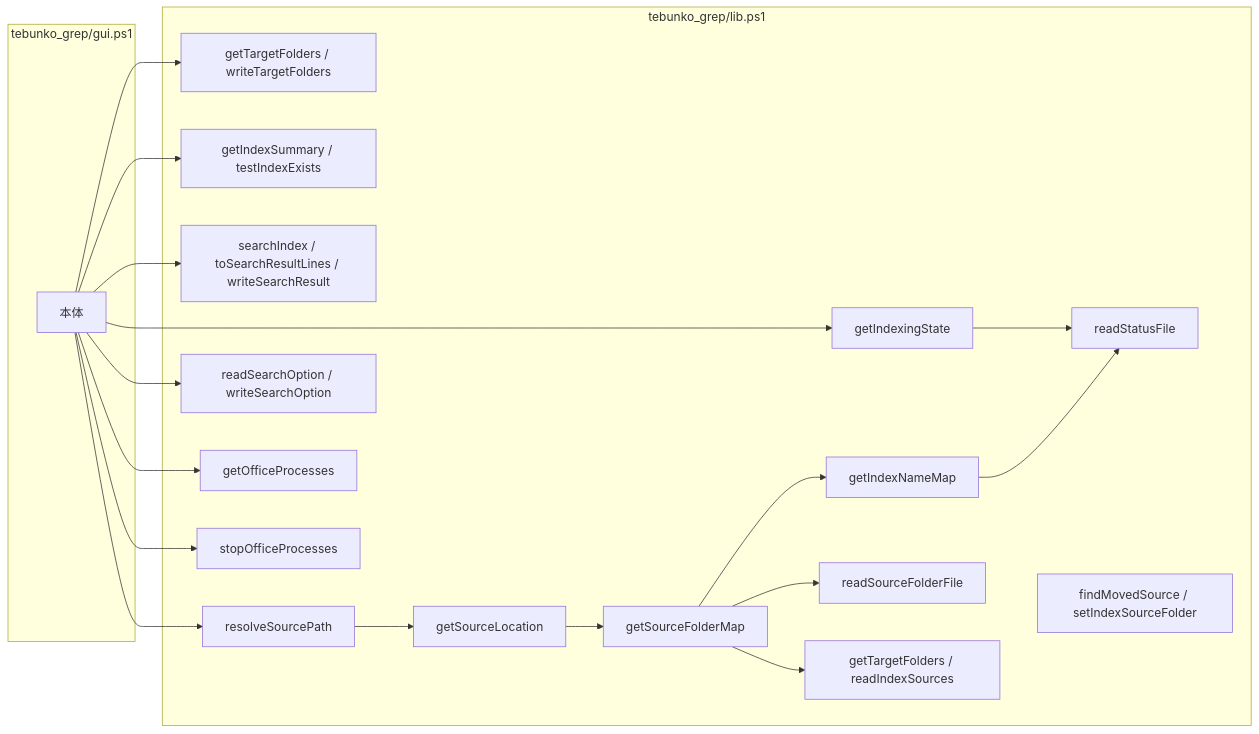
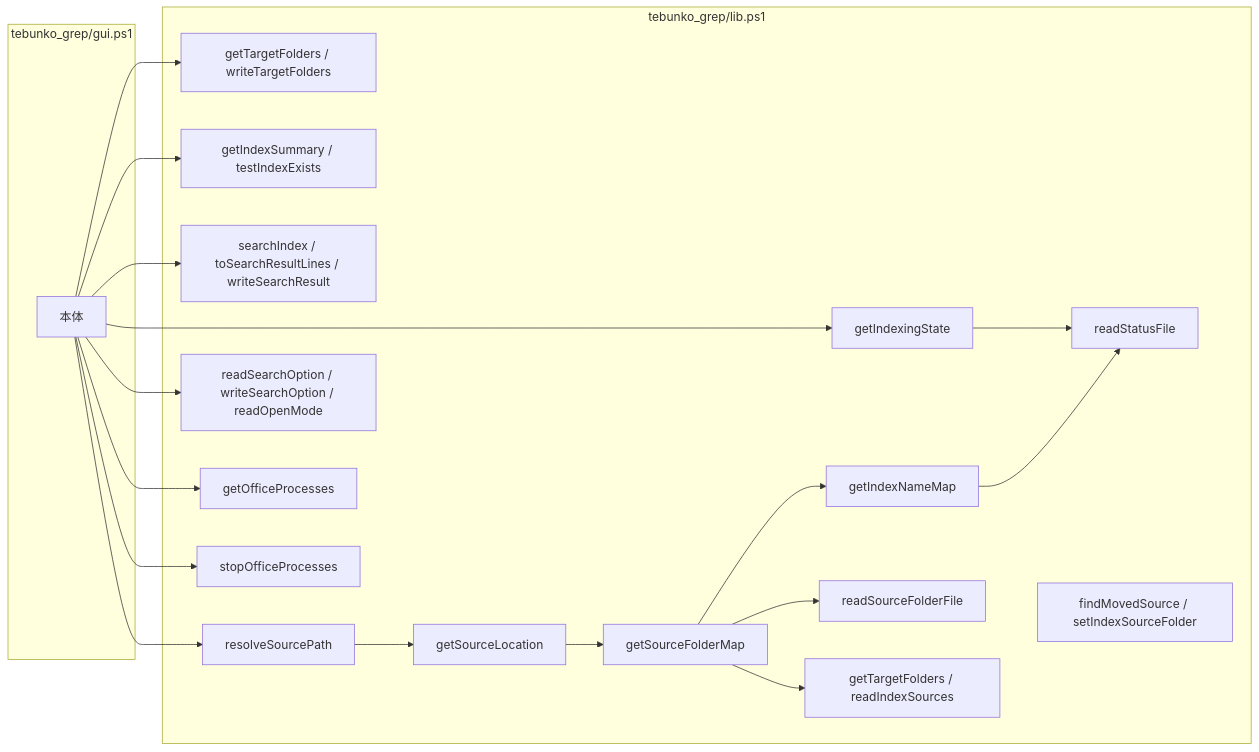
The third of 3 diagrams in docs/00_共通_2_共通モジュール.md (hsgwa/tebunko), drawn with Mermaid before and after one commit. The commit also changed other lines of this file and 36 other files, not shown here.

````diff
--- a/docs/00_共通_2_共通モジュール.md
+++ b/docs/00_共通_2_共通モジュール.md
@@ -188,21 +263,21 @@
 ```mermaid
 flowchart LR
     subgraph GUI["tebunko_grep/gui.ps1"]
         G["本体"]
     end
     subgraph CMS["tebunko_grep/lib.ps1"]
         TF["getTargetFolders / writeTargetFolders"]
         CS["getIndexingState"] --> RSF["readStatusFile"]
         SUM["getIndexSummary / testIndexExists"]
         SI["searchIndex / toSearchResultLines / writeSearchResult"]
         RSP["resolveSourcePath"] --> SL["getSourceLocation"] --> SFM["getSourceFolderMap"] --> INM["getIndexNameMap"] --> RSF
         SFM --> RSFF["readSourceFolderFile"]
         SFM --> TGT["getTargetFolders / readIndexSources"]
         RPL["findMovedSource / setIndexSourceFolder"]
-        OPT["readSearchOption / writeSearchOption"]
+        OPT["readSearchOption / writeSearchOption / readOpenMode"]
         GOP["getOfficeProcesses"]
         SOP["stopOfficeProcesses"]
     end
 
     G --> TF & CS & SUM & SI & RSP & OPT & GOP & SOP
 ```
````
